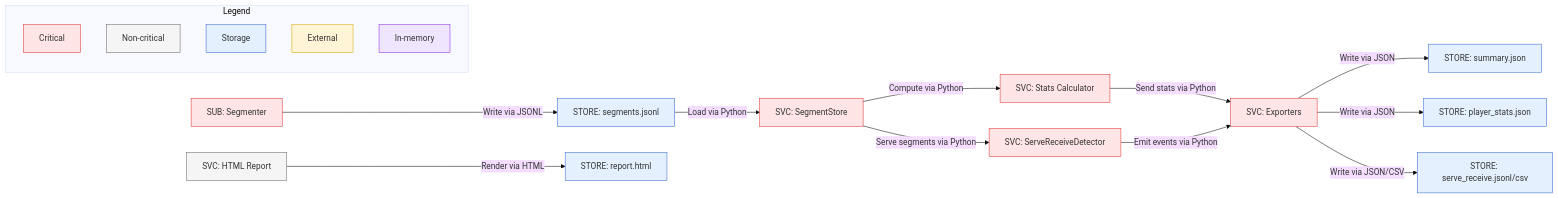
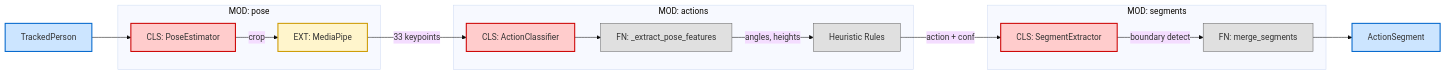
Before and after one commit to sumanthne1/vAnalytics: the eighth of 21 diagrams in architecture.md, drawn with Mermaid (base theme). The commit also changed other lines of this file and 82 other files, not shown here.

````diff
--- a/architecture.md
+++ b/architecture.md
@@ -179,39 +443,32 @@
 ```mermaid
 flowchart LR
-    SUB_SEG[SUB: Segmenter]:::critical
-    SVC_STORE[SVC: SegmentStore]:::critical
-    SVC_STATS[SVC: Stats Calculator]:::critical
-    SVC_SR[SVC: ServeReceiveDetector]:::critical
-    SVC_EXPORT[SVC: Exporters]:::critical
-    SVC_REPORT[SVC: HTML Report]:::noncritical
-    STORE_SEG[STORE: segments.jsonl]:::storage
-    STORE_SUM[STORE: summary.json]:::storage
-    STORE_SR[STORE: serve_receive.jsonl/csv]:::storage
-    STORE_STATS[STORE: player_stats.json]:::storage
-    STORE_HTML[STORE: report.html]:::storage
-
-    SUB_SEG -->|Write via JSONL| STORE_SEG
-    STORE_SEG -->|Load via Python| SVC_STORE
-    SVC_STORE -->|Compute via Python| SVC_STATS
-    SVC_STATS -->|Send stats via Python| SVC_EXPORT
-    SVC_STORE -->|Serve segments via Python| SVC_SR
-    SVC_SR -->|Emit events via Python| SVC_EXPORT
-    SVC_EXPORT -->|Write via JSON| STORE_SUM
-    SVC_EXPORT -->|Write via JSON| STORE_STATS
-    SVC_EXPORT -->|Write via JSON/CSV| STORE_SR
-    SVC_REPORT -->|Render via HTML| STORE_HTML
-
-    subgraph Legend
-        L1[Critical]:::critical
-        L2[Non-critical]:::noncritical
-        L3[Storage]:::storage
-        L4[External]:::external
-        L5[In-memory]:::memory
+    subgraph "MOD: pose"
+        PE[CLS: PoseEstimator]:::critical
+        MP[EXT: MediaPipe]:::external
     end
 
-    classDef critical fill:#ffe5e5,stroke:#d33,stroke-width:1px;
-    classDef noncritical fill:#f5f5f5,stroke:#666,stroke-width:1px;
-    classDef storage fill:#e5f0ff,stroke:#3366cc,stroke-width:1px;
-    classDef external fill:#fff4d6,stroke:#d6a700,stroke-width:1px;
-    classDef memory fill:#f0e5ff,stroke:#8a2be2,stroke-width:1px;
+    subgraph "MOD: actions"
+        AC[CLS: ActionClassifier]:::critical
+        Features[FN: _extract_pose_features]:::noncritical
+        Rules[Heuristic Rules]:::noncritical
+    end
+
+    subgraph "MOD: segments"
+        SE[CLS: SegmentExtractor]:::critical
+        Merge[FN: merge_segments]:::noncritical
+    end
+
+    Tracked[TrackedPerson]:::storage --> PE
+    PE -->|crop| MP
+    MP -->|33 keypoints| AC
+    AC --> Features
+    Features -->|angles, heights| Rules
+    Rules -->|action + conf| SE
+    SE -->|boundary detect| Merge
+    Merge --> Segments[ActionSegment]:::storage
+
+    classDef critical fill:#ffcccc,stroke:#cc0000,stroke-width:2px
+    classDef noncritical fill:#e0e0e0,stroke:#666666,stroke-width:1px
+    classDef storage fill:#cce5ff,stroke:#0066cc,stroke-width:2px
+    classDef external fill:#fff5cc,stroke:#cc9900,stroke-width:2px
 ```
````
